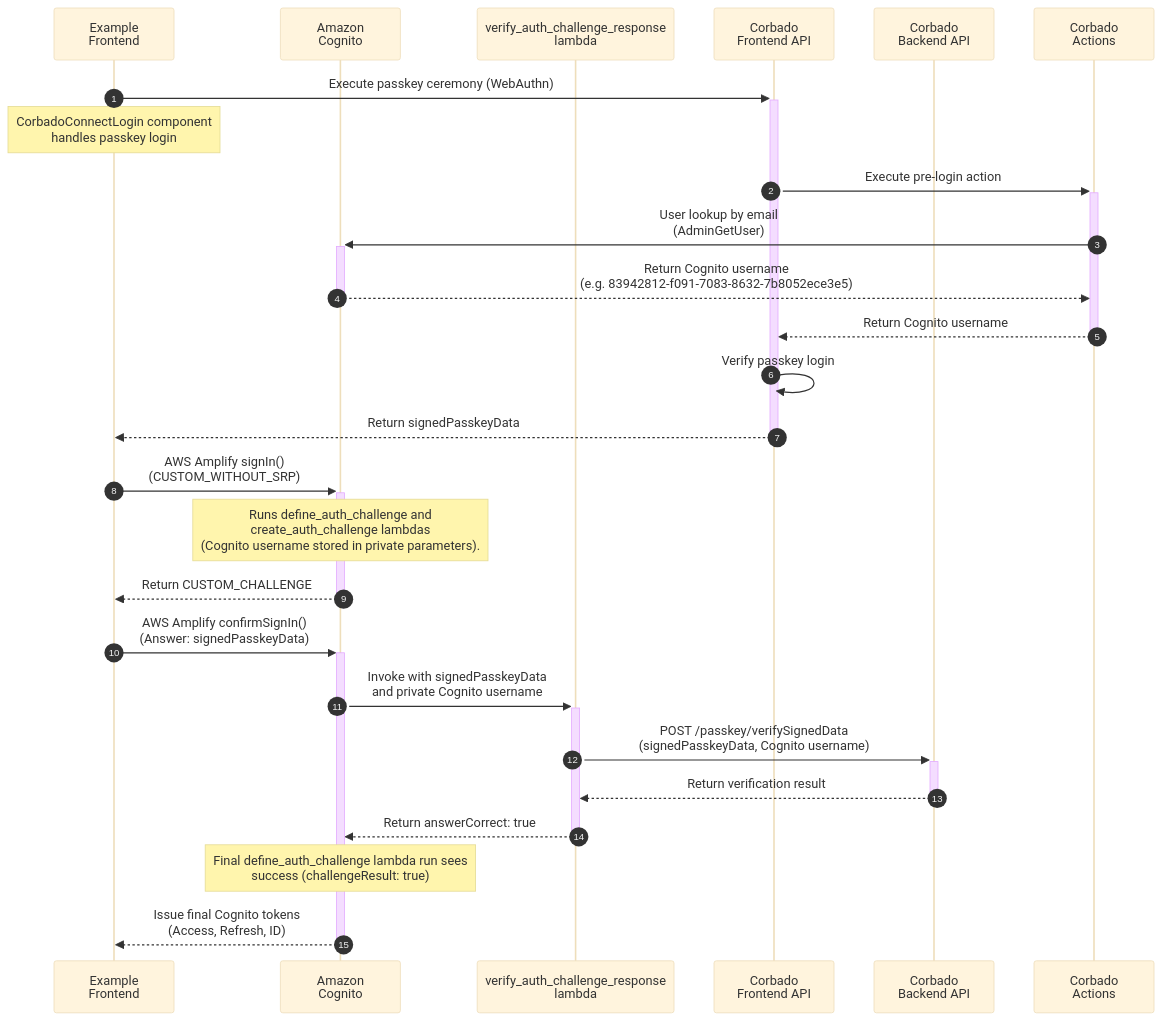
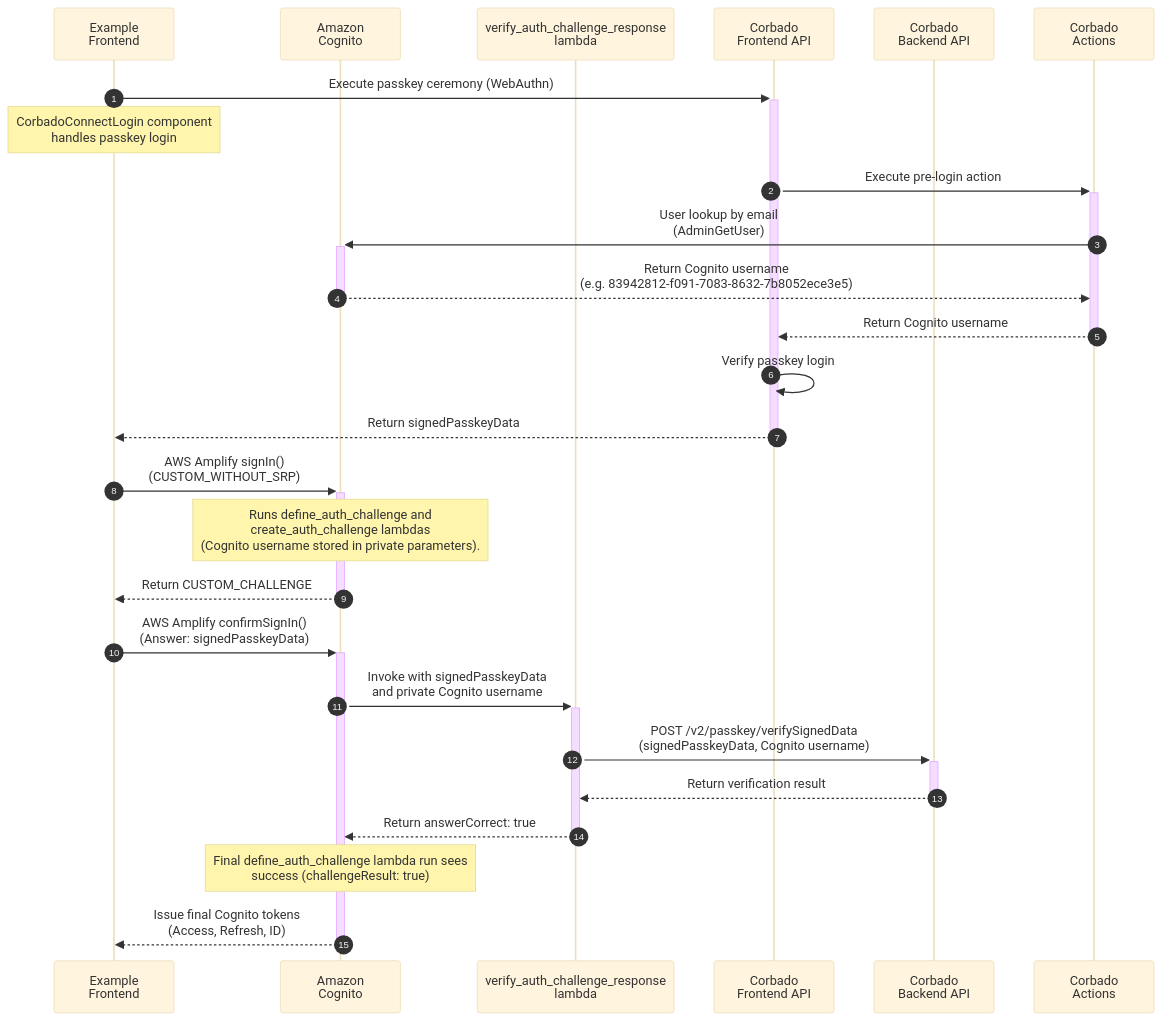
The second of 3 diagrams in corbado-connect/integration/cognito.mdx (corbadotech/docs), drawn with Mermaid (base theme) before and after one commit. The commit also changed other lines of this file, not shown here.

````diff
--- a/corbado-connect/integration/cognito.mdx
+++ b/corbado-connect/integration/cognito.mdx
@@ -302,32 +302,32 @@
 ```mermaid
 sequenceDiagram
     autonumber
     participant ExampleFrontend as Example<br />Frontend
     participant Cognito as Amazon<br />Cognito
     participant Lambda as verify_auth_challenge_response<br />lambda
     participant FAPI as Corbado<br />Frontend API
     participant BAPI as Corbado<br />Backend API
     participant Actions as Corbado<br />Actions
 
     ExampleFrontend->>+FAPI: Execute passkey ceremony (WebAuthn)
     Note over ExampleFrontend: CorbadoConnectLogin component<br />handles passkey login
     FAPI->>+Actions: Execute pre-login action
     Actions->>+Cognito: User lookup by email<br />(AdminGetUser)
     Cognito-->>-Actions: Return Cognito username<br />(e.g. 83942812-f091-7083-8632-7b8052ece3e5)
     Actions-->>-FAPI: Return Cognito username
     FAPI->>FAPI: Verify passkey login
     FAPI-->>-ExampleFrontend: Return signedPasskeyData
 
     ExampleFrontend->>+Cognito: AWS Amplify signIn()<br/>(CUSTOM_WITHOUT_SRP)
     Note over Cognito: Runs define_auth_challenge and<br/>create_auth_challenge lambdas<br/>(Cognito username stored in private parameters).
     Cognito-->>-ExampleFrontend: Return CUSTOM_CHALLENGE
 
     ExampleFrontend->>+Cognito: AWS Amplify confirmSignIn()<br/>(Answer: signedPasskeyData)
     Cognito->>+Lambda: Invoke with signedPasskeyData<br/>and private Cognito username
-    Lambda->>+BAPI: POST /passkey/verifySignedData<br/>(signedPasskeyData, Cognito username)
+    Lambda->>+BAPI: POST /v2/passkey/verifySignedData<br/>(signedPasskeyData, Cognito username)
 
     BAPI-->>-Lambda: Return verification result
     Lambda-->>-Cognito: Return answerCorrect: true
     Note over Cognito: Final define_auth_challenge lambda run sees<br/>success (challengeResult: true)
     Cognito-->>-ExampleFrontend: Issue final Cognito tokens<br/>(Access, Refresh, ID)
 ```
````
